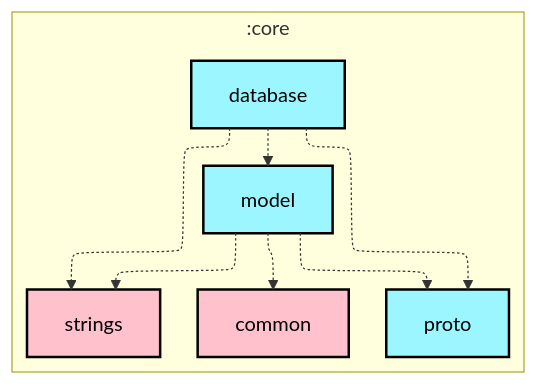
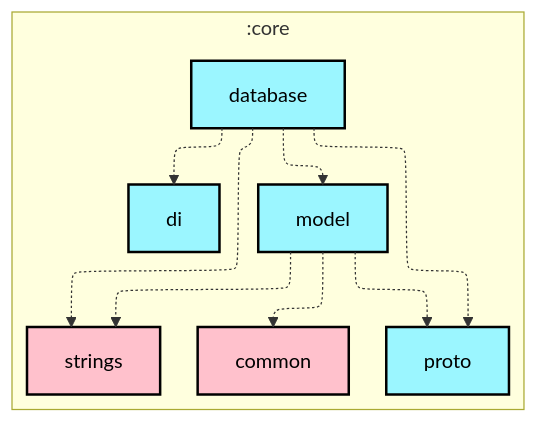
The first of 2 diagrams in core/database/README.md (meshtastic/Meshtastic-Android), drawn with Mermaid before and after one commit. The commit also changed 10 other files, not shown here.

First line of the commit message:
chore: Scheduled updates (Firmware, Hardware, Translations, Graphs)

````diff
--- a/core/database/README.md
+++ b/core/database/README.md
@@ -6,34 +6,36 @@
 ```mermaid
 ---
 config:
   layout: elk
   elk:
     nodePlacementStrategy: SIMPLE
 ---
 graph TB
   subgraph :core
     direction TB
     :core:common[common]:::kmp-library
     :core:database[database]:::android-library
+    :core:di[di]:::android-library
     :core:model[model]:::android-library
     :core:proto[proto]:::android-library
     :core:strings[strings]:::kmp-library
   end
 
+  :core:database -.-> :core:di
   :core:database -.-> :core:model
   :core:database -.-> :core:proto
   :core:database -.-> :core:strings
   :core:model -.-> :core:common
   :core:model -.-> :core:proto
   :core:model -.-> :core:strings
 
 classDef android-application fill:#CAFFBF,stroke:#000,stroke-width:2px,color:#000;
 classDef android-application-compose fill:#CAFFBF,stroke:#000,stroke-width:2px,color:#000;
 classDef android-feature fill:#FFD6A5,stroke:#000,stroke-width:2px,color:#000;
 classDef android-library fill:#9BF6FF,stroke:#000,stroke-width:2px,color:#000;
 classDef android-library-compose fill:#9BF6FF,stroke:#000,stroke-width:2px,color:#000;
 classDef android-test fill:#A0C4FF,stroke:#000,stroke-width:2px,color:#000;
 classDef jvm-library fill:#BDB2FF,stroke:#000,stroke-width:2px,color:#000;
 classDef kmp-library fill:#FFC1CC,stroke:#000,stroke-width:2px,color:#000;
 classDef unknown fill:#FFADAD,stroke:#000,stroke-width:2px,color:#000;
 ```
````
